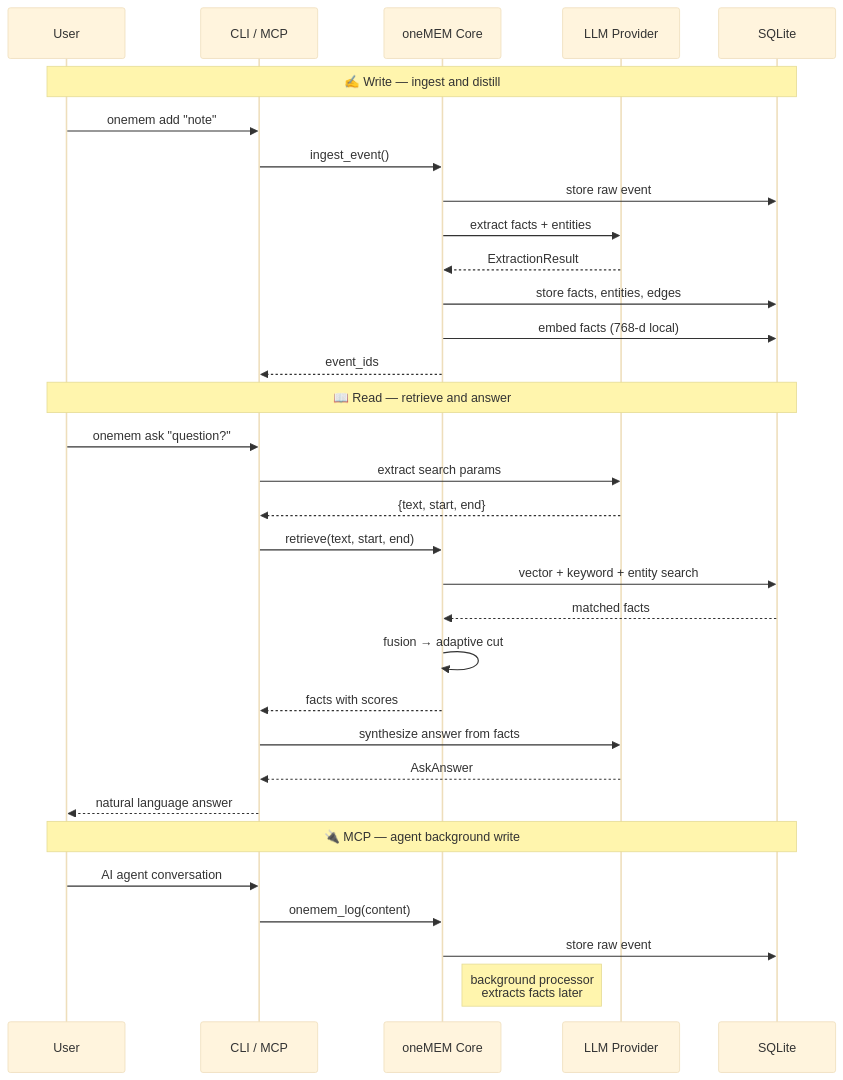
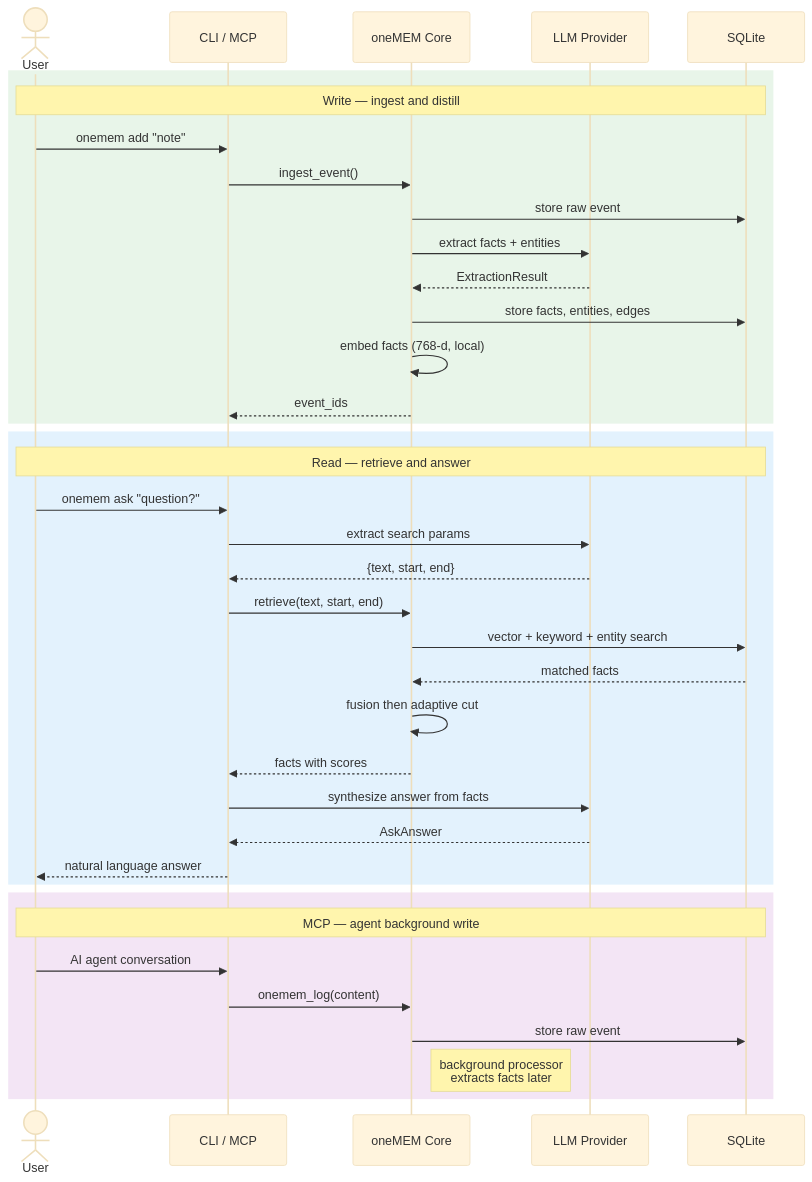
Before and after one commit to shashank-tomar0/onemem: the second of 2 diagrams in README.md, drawn with Mermaid (base theme). The commit also changed other lines of this file and 3 other files, not shown here.

````diff
--- a/README.md
+++ b/README.md
@@ -148,37 +148,43 @@
 ```mermaid
 sequenceDiagram
-    participant User
+    actor User
     participant CLI as CLI / MCP
     participant Core as oneMEM Core
     participant LLM as LLM Provider
     participant DB as SQLite
 
-    Note over User,DB: ✍️ Write — ingest and distill
-    User->>CLI: onemem add "note"
-    CLI->>Core: ingest_event()
-    Core->>DB: store raw event
-    Core->>LLM: extract facts + entities
-    LLM-->>Core: ExtractionResult
-    Core->>DB: store facts, entities, edges
-    Core->>DB: embed facts (768-d local)
-    Core-->>CLI: event_ids
+    rect rgb(232, 245, 233)
+        Note over User, DB: Write — ingest and distill
+        User ->> CLI: onemem add "note"
+        CLI ->> Core: ingest_event()
+        Core ->> DB: store raw event
+        Core ->> LLM: extract facts + entities
+        LLM -->> Core: ExtractionResult
+        Core ->> DB: store facts, entities, edges
+        Core ->> Core: embed facts (768-d, local)
+        Core -->> CLI: event_ids
+    end
 
-    Note over User,DB: 📖 Read — retrieve and answer
-    User->>CLI: onemem ask "question?"
-    CLI->>LLM: extract search params
-    LLM-->>CLI: {text, start, end}
-    CLI->>Core: retrieve(text, start, end)
-    Core->>DB: vector + keyword + entity search
-    DB-->>Core: matched facts
-    Core->>Core: fusion → adaptive cut
-    Core-->>CLI: facts with scores
-    CLI->>LLM: synthesize answer from facts
-    LLM-->>CLI: AskAnswer
-    CLI-->>User: natural language answer
+    rect rgb(227, 242, 253)
+        Note over User, DB: Read — retrieve and answer
+        User ->> CLI: onemem ask "question?"
+        CLI ->> LLM: extract search params
+        LLM -->> CLI: {text, start, end}
+        CLI ->> Core: retrieve(text, start, end)
+        Core ->> DB: vector + keyword + entity search
+        DB -->> Core: matched facts
+        Core ->> Core: fusion then adaptive cut
+        Core -->> CLI: facts with scores
+        CLI ->> LLM: synthesize answer from facts
+        LLM -->> CLI: AskAnswer
+        CLI -->> User: natural language answer
+    end
 
-    Note over User,DB: 🔌 MCP — agent background write
-    User->>CLI: AI agent conversation
-    CLI->>Core: onemem_log(content)
-    Core->>DB: store raw event
-    Note right of Core: background processor<br/>extracts facts later
+    rect rgb(243, 229, 245)
+        Note over User, DB: MCP — agent background write
+        User ->> CLI: AI agent conversation
+        CLI ->> Core: onemem_log(content)
+        Core ->> DB: store raw event
+        Note right of Core: background processor<br/>extracts facts later
+    end
 ```
````
